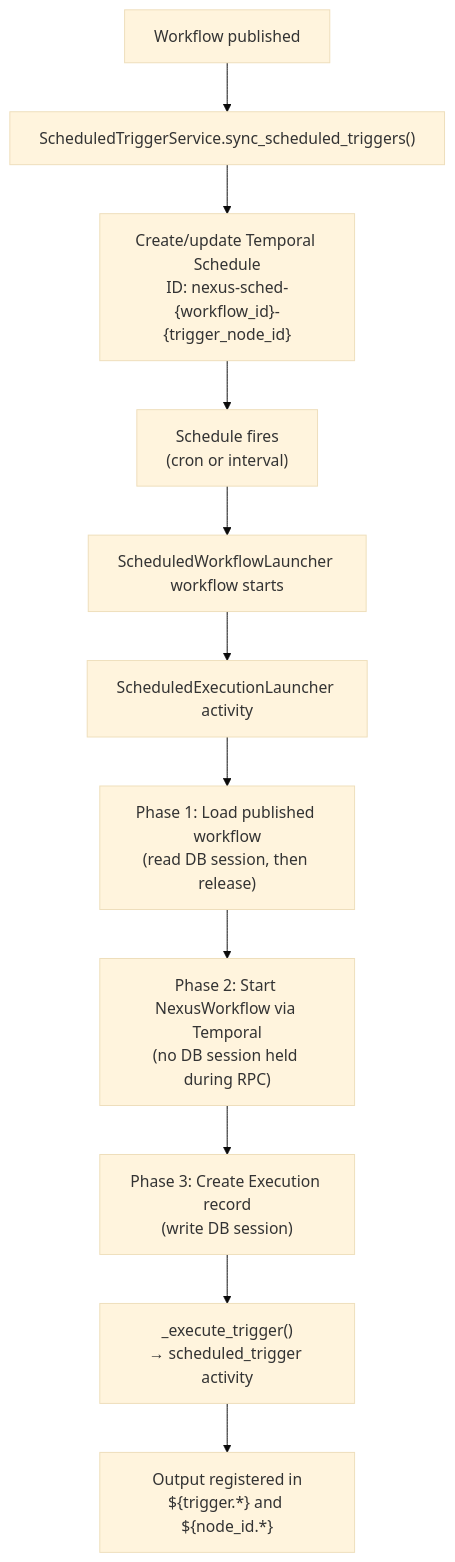
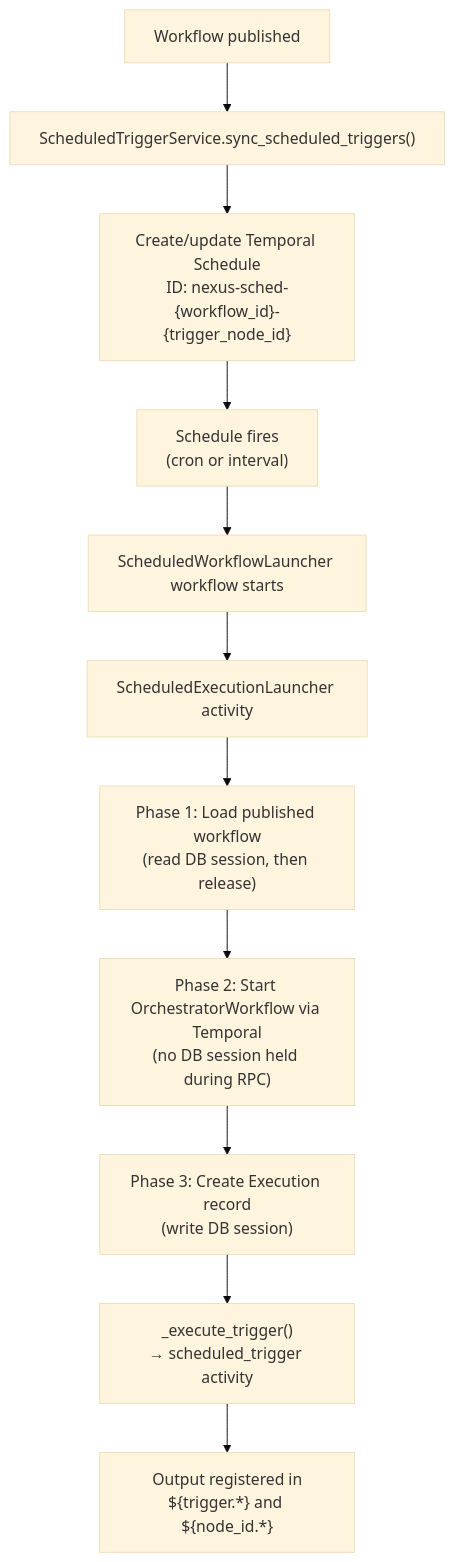
The diagram in backend/docs/workflow-engine/triggers/scheduled-trigger.md (syntara-orchestration/syntara), drawn with Mermaid (base theme) before and after one commit. The commit also changed other lines of this file and 343 other files, not shown here.

First line of the commit message:
refactor: rename nexus references to syntara/orchestrator in backend

````diff
--- a/backend/docs/workflow-engine/triggers/scheduled-trigger.md
+++ b/backend/docs/workflow-engine/triggers/scheduled-trigger.md
@@ -11,15 +11,15 @@
 ```mermaid
 flowchart TD
     PUB["Workflow published"] --> SYNC["ScheduledTriggerService.sync_scheduled_triggers()"]
     SYNC --> TS["Create/update Temporal Schedule<br/>ID: nexus-sched-{workflow_id}-{trigger_node_id}"]
     TS --> FIRE["Schedule fires<br/>(cron or interval)"]
     FIRE --> LAUNCH["ScheduledWorkflowLauncher workflow starts"]
     LAUNCH --> ACT["ScheduledExecutionLauncher activity"]
 
     ACT --> P1["Phase 1: Load published workflow<br/>(read DB session, then release)"]
-    P1 --> P2["Phase 2: Start NexusWorkflow via Temporal<br/>(no DB session held during RPC)"]
+    P1 --> P2["Phase 2: Start OrchestratorWorkflow via Temporal<br/>(no DB session held during RPC)"]
     P2 --> P3["Phase 3: Create Execution record<br/>(write DB session)"]
 
     P3 --> ENGINE["_execute_trigger()<br/>→ scheduled_trigger activity"]
     ENGINE --> NS["Output registered in<br/>${trigger.*} and ${node_id.*}"]
 ```
````
